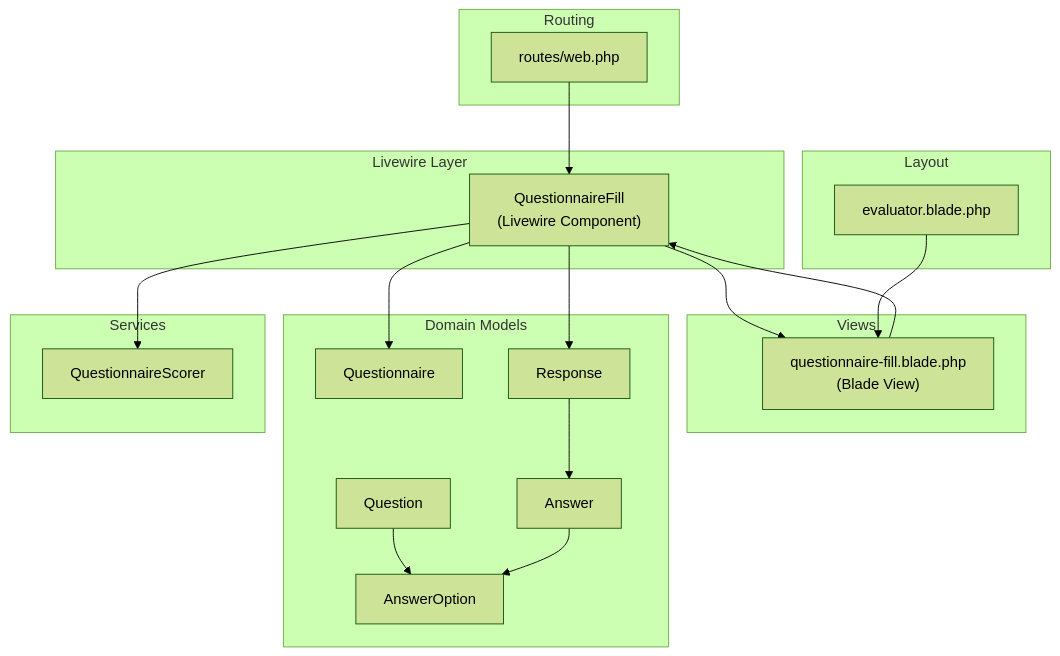
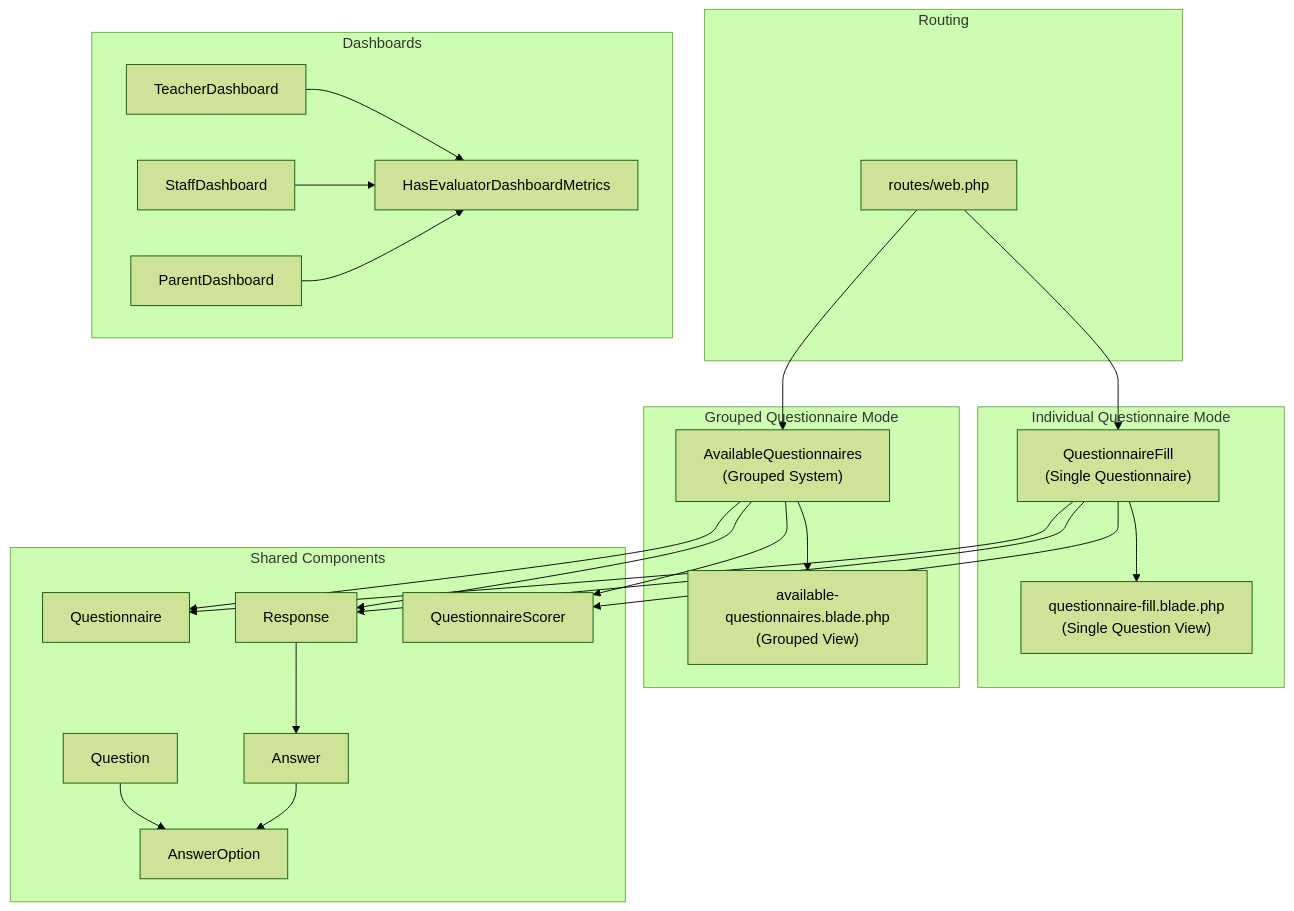
The first of 8 diagrams in .qoder/repowiki/en/content/Core Features/Evaluation Workflows/Questionnaire Filling Interface.md (rudicatsmile/assesment360), drawn with Mermaid (forest theme) before and after one commit. The commit also changed other lines of this file and 5 other files, not shown here.

````diff
--- a/.qoder/repowiki/en/content/Core Features/Evaluation Workflows/Questionnaire Filling Interface.md
+++ b/.qoder/repowiki/en/content/Core Features/Evaluation Workflows/Questionnaire Filling Interface.md
@@ -43,35 +55,44 @@
 ```mermaid
 graph TB
-subgraph "Livewire Layer"
-WF["QuestionnaireFill<br/>(Livewire Component)"]
+subgraph "Individual Questionnaire Mode"
+WF["QuestionnaireFill<br/>(Single Questionnaire)"]
+QF["questionnaire-fill.blade.php<br/>(Single Question View)"]
 end
-subgraph "Views"
-VF["questionnaire-fill.blade.php<br/>(Blade View)"]
+subgraph "Grouped Questionnaire Mode"
+AQ["AvailableQuestionnaires<br/>(Grouped System)"]
+GQ["available-questionnaires.blade.php<br/>(Grouped View)"]
 end
-subgraph "Domain Models"
+subgraph "Shared Components"
 QN["Questionnaire"]
 QT["Question"]
 AO["AnswerOption"]
 RP["Response"]
 AN["Answer"]
-end
-subgraph "Services"
 SC["QuestionnaireScorer"]
 end
 subgraph "Routing"
 RT["routes/web.php"]
 end
-subgraph "Layout"
-LY["evaluator.blade.php"]
+subgraph "Dashboards"
+TD["TeacherDashboard"]
+SD["StaffDashboard"]
+PD["ParentDashboard"]
+METRICS["HasEvaluatorDashboardMetrics"]
 end
-WF --> VF
-VF --> WF
+WF --> QF
+AQ --> GQ
 WF --> QN
+AQ --> QN
 WF --> RP
+AQ --> RP
 RP --> AN
 QT --> AO
 AN --> AO
 WF --> SC
+AQ --> SC
 RT --> WF
-LY --> VF
+RT --> AQ
+TD --> METRICS
+SD --> METRICS
+PD --> METRICS
 ```
````
